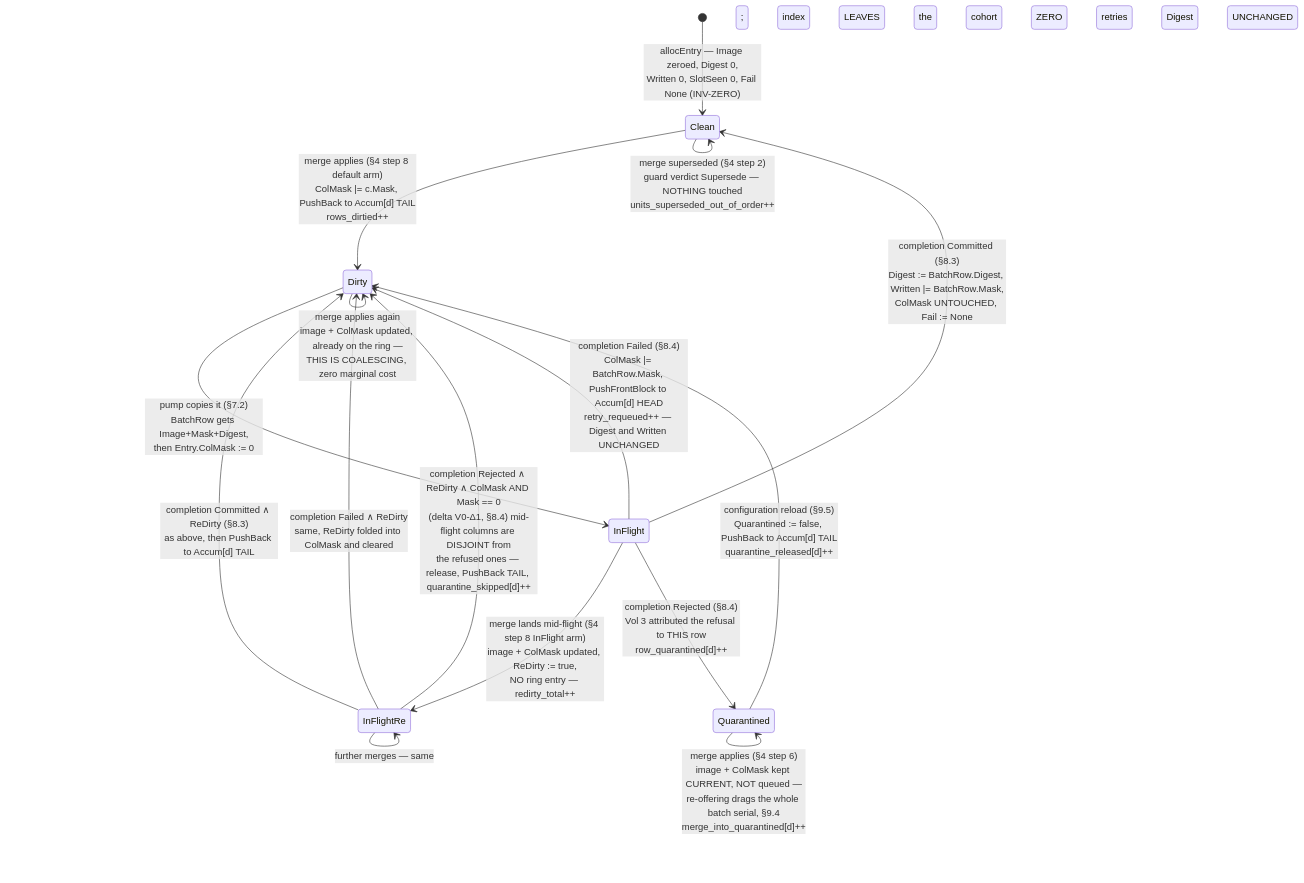
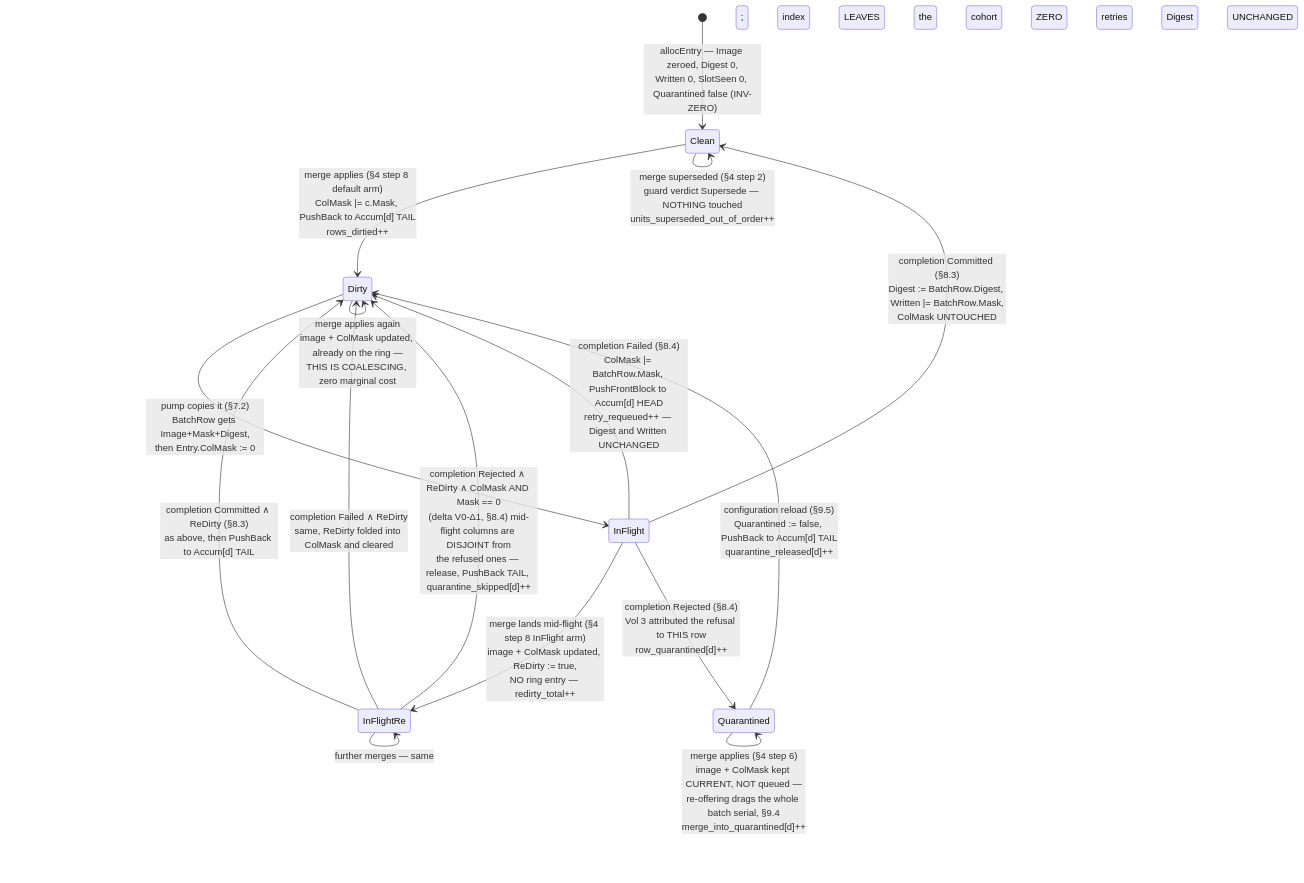
One commit to redwineyards/feedvalve changed the fourth of 8 diagrams in docs/lld/02-shard-mirror.md. Above: the diagram before and after it, drawn with Mermaid. The commit also changed other lines of this file and 7 other files, not shown here.

````diff
--- a/docs/lld/02-shard-mirror.md
+++ b/docs/lld/02-shard-mirror.md
@@ -1087,26 +1149,26 @@
 ```mermaid
 stateDiagram-v2
-    [*] --> Clean: allocEntry — Image zeroed, Digest 0,<br/>Written 0, SlotSeen 0, Fail None (INV-ZERO)
+    [*] --> Clean: allocEntry — Image zeroed, Digest 0,<br/>Written 0, SlotSeen 0, Quarantined false (INV-ZERO)
 
     Clean --> Dirty: merge applies (§4 step 8 default arm)<br/>ColMask |= c.Mask, PushBack to Accum[d] TAIL<br/>rows_dirtied++
     Clean --> Clean: merge suppressed (§4 step 7)<br/>digest matches ∧ ColMask ⊆ Written ∧ rate-limited<br/>change_suppressed++ — ColMask stays set
     Clean --> Clean: merge superseded (§4 step 2)<br/>guard verdict Supersede — NOTHING touched<br/>units_superseded_out_of_order++
 
     Dirty --> Dirty: merge applies again<br/>image + ColMask updated, already on the ring —<br/>THIS IS COALESCING, zero marginal cost
     Dirty --> InFlight: pump copies it (§7.2)<br/>BatchRow gets Image+Mask+Digest,<br/>then Entry.ColMask := 0; index LEAVES the cohort
 
     InFlight --> InFlightRe: merge lands mid-flight (§4 step 8 InFlight arm)<br/>image + ColMask updated, ReDirty := true,<br/>NO ring entry — redirty_total++
     InFlightRe --> InFlightRe: further merges — same
 
-    InFlight --> Clean: completion Committed (§8.3)<br/>Digest := BatchRow.Digest, Written |= BatchRow.Mask,<br/>ColMask UNTOUCHED, Fail := None
+    InFlight --> Clean: completion Committed (§8.3)<br/>Digest := BatchRow.Digest, Written |= BatchRow.Mask,<br/>ColMask UNTOUCHED
     InFlightRe --> Dirty: completion Committed ∧ ReDirty (§8.3)<br/>as above, then PushBack to Accum[d] TAIL
 
     InFlight --> Dirty: completion Failed (§8.4)<br/>ColMask |= BatchRow.Mask, PushFrontBlock to Accum[d] HEAD<br/>retry_requeued++ — Digest and Written UNCHANGED
     InFlightRe --> Dirty: completion Failed ∧ ReDirty<br/>same, ReDirty folded into ColMask and cleared
 
     InFlight --> Quarantined: completion Rejected (§8.4)<br/>Vol 3 attributed the refusal to THIS row<br/>row_quarantined[d]++ ; ZERO retries ; Digest UNCHANGED
     InFlightRe --> Dirty: completion Rejected ∧ ReDirty ∧ ColMask AND Mask == 0<br/>(delta V0-Δ1, §8.4) mid-flight columns are DISJOINT from<br/>the refused ones — release, PushBack TAIL, quarantine_skipped[d]++
 
     Quarantined --> Quarantined: merge applies (§4 step 6)<br/>image + ColMask kept CURRENT, NOT queued —<br/>re-offering drags the whole batch serial, §9.4<br/>merge_into_quarantined[d]++
     Quarantined --> Dirty: configuration reload (§9.5)<br/>Quarantined := false, PushBack to Accum[d] TAIL<br/>quarantine_released[d]++
 ```
````
